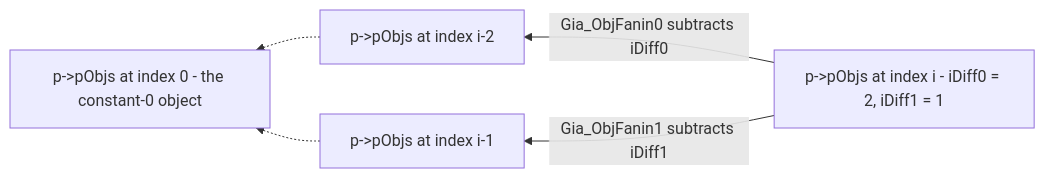
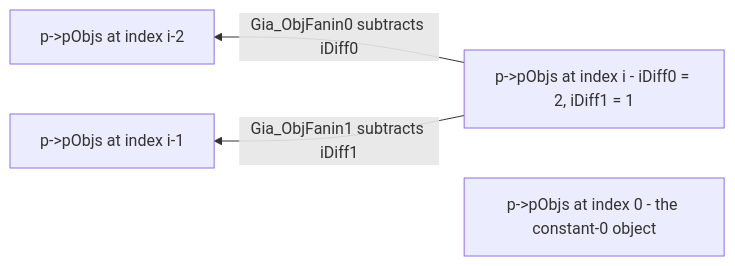
One commit to blitzy-research/abc changed the third of 10 diagrams in src/aig/gia/README.md. Above: the diagram before and after it, drawn with Mermaid. The commit also changed other lines of this file and 1 other file, not shown here.

````diff
--- a/src/aig/gia/README.md
+++ b/src/aig/gia/README.md
@@ -269,11 +335,9 @@
 ```mermaid
 graph RL
     OI["p->pObjs at index i - iDiff0 = 2, iDiff1 = 1"]
     OA["p->pObjs at index i-1"]
     OB["p->pObjs at index i-2"]
     OZ["p->pObjs at index 0 - the constant-0 object"]
     OI -- "Gia_ObjFanin0 subtracts iDiff0" --> OB
     OI -- "Gia_ObjFanin1 subtracts iDiff1" --> OA
-    OB -.-> OZ
-    OA -.-> OZ
 ```
````
